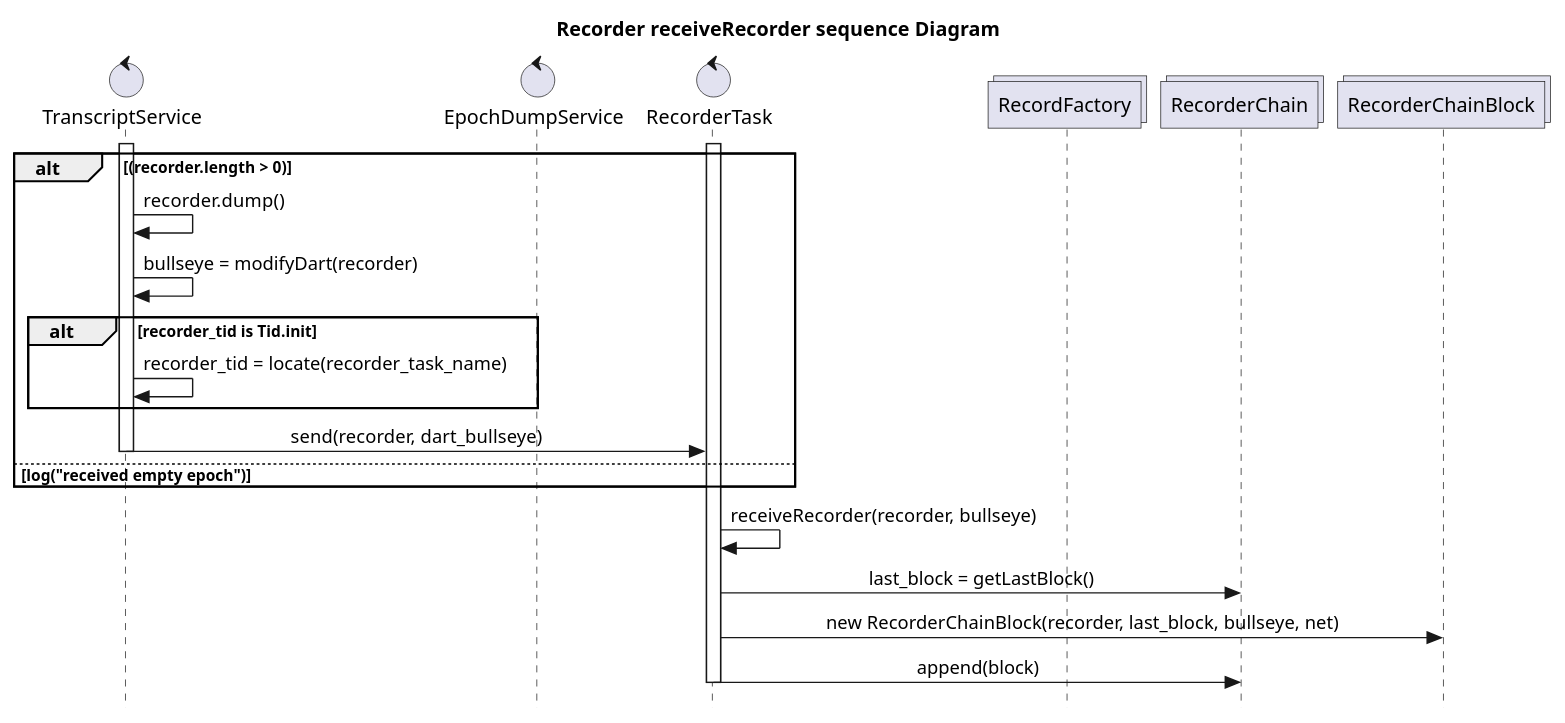
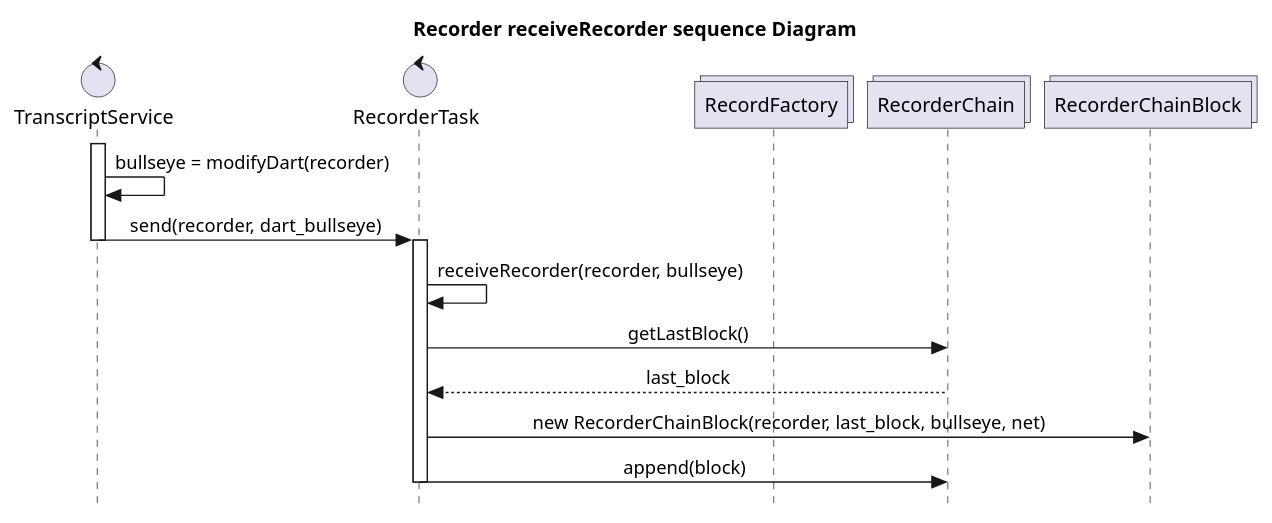
The diagram in src/lib-services/uml/Recorder/ReceiveRecorder.wsd (tagion/tagion), drawn with PlantUML before and after one commit. The commit also changed 1 other file, not shown here.

```diff
--- a/src/lib-services/uml/Recorder/ReceiveRecorder.wsd
+++ b/src/lib-services/uml/Recorder/ReceiveRecorder.wsd
@@ -1,43 +1,29 @@
 @startuml
 
 skinparam Style strictuml
 skinparam SequenceMessageAlign center
 hide empty description
 title Recorder receiveRecorder sequence Diagram
 
 control TranscriptService as task
-control EpochDumpService as epochdump
 control RecorderTask as recordertask
 collections RecordFactory as factory
 collections RecorderChain as chain
 collections RecorderChainBlock as block
 
-alt (recorder.length > 0)
-    activate task
-    task -> task : recorder.dump()
-    task -> task : bullseye = modifyDart(recorder)
 
-    ' alt transaction dumping is disabled
-    '     task->epochdump : send(contracts_dump, bullseye)
-    ' end
-    ' task -> factory : unique_recorder = uniqueRecorder(recorder)
-    ' task -> task : dumpRecorderBlock(unique_recorder, bullseye)
+activate task
+task -> task : bullseye = modifyDart(recorder)
+task -> recordertask : send(recorder, dart_bullseye)
+deactivate task
 
-    alt recorder_tid is Tid.init
-        task -> task : recorder_tid = locate(recorder_task_name)
-    end
-    task -> recordertask : send(recorder, dart_bullseye)
-    deactivate task
-
-else log("received empty epoch") 
-    
-end
 
 activate recordertask
 recordertask -> recordertask : receiveRecorder(recorder, bullseye)
-recordertask -> chain : last_block = getLastBlock()
+recordertask -> chain : getLastBlock()
+chain --> recordertask : last_block
 recordertask -> block : new RecorderChainBlock(recorder, last_block, bullseye, net)
 recordertask -> chain : append(block)
 deactivate recordertask
 
 @enduml
```
